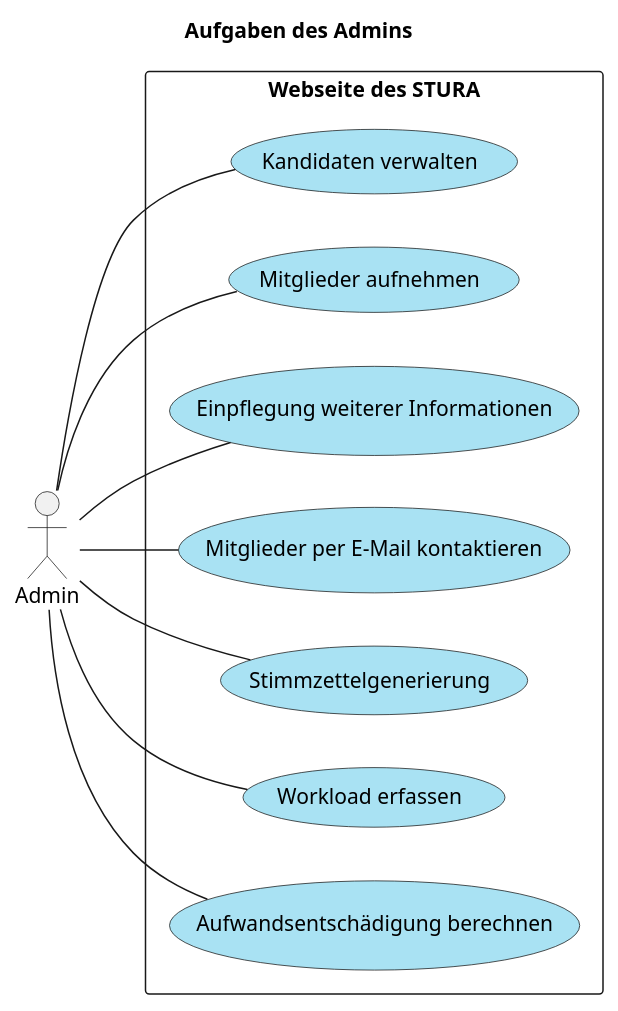
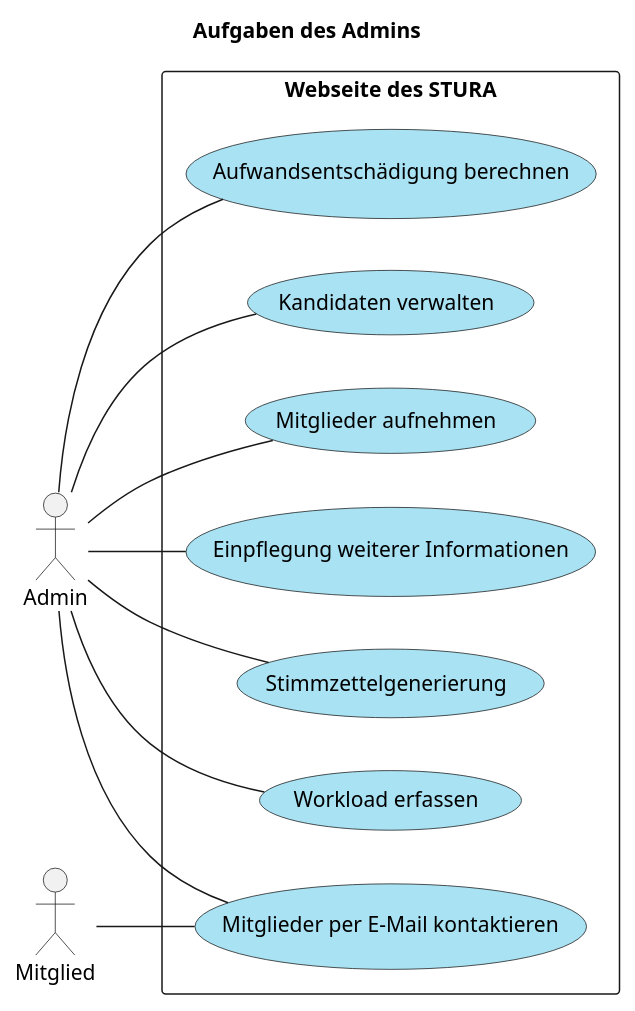
The diagram in docs/requirements/plantuml/diagramm_use_case-model.puml (ManuelaZiesche/SE-RE-I4), drawn with PlantUML before and after one commit. The commit also changed 2 other files, not shown here.

```diff
--- a/docs/requirements/plantuml/diagramm_use_case-model.puml
+++ b/docs/requirements/plantuml/diagramm_use_case-model.puml
@@ -2,29 +2,30 @@
 @startuml diagramm_use_case-model
 left to right direction
 
 title  Aufgaben des Admins
 
 actor Admin 
 
 
 rectangle "Webseite des STURA" {
   "Kandidaten verwalten" as (uc01) #A9E2F3
   "Mitglieder aufnehmen" as (uc02) #A9E2F3
   "Einpflegung weiterer Informationen" as (uc03) #A9E2F3
   "Mitglieder per E-Mail kontaktieren" as (uc04) #A9E2F3
   "Stimmzettelgenerierung" as (uc05) #A9E2F3
   "Workload erfassen" as (uc06) #A9E2F3
   "Aufwandsentschädigung berechnen" as (uc07) #A9E2F3
 }
 
 
 Admin -- (uc01)
 Admin -- (uc02)
 Admin -- (uc03)
 Admin -- (uc04)
+Mitglied -- (uc04)
 Admin -- (uc05)
 Admin -- (uc06)
 Admin -- (uc07)
 
 
 @enduml
```
